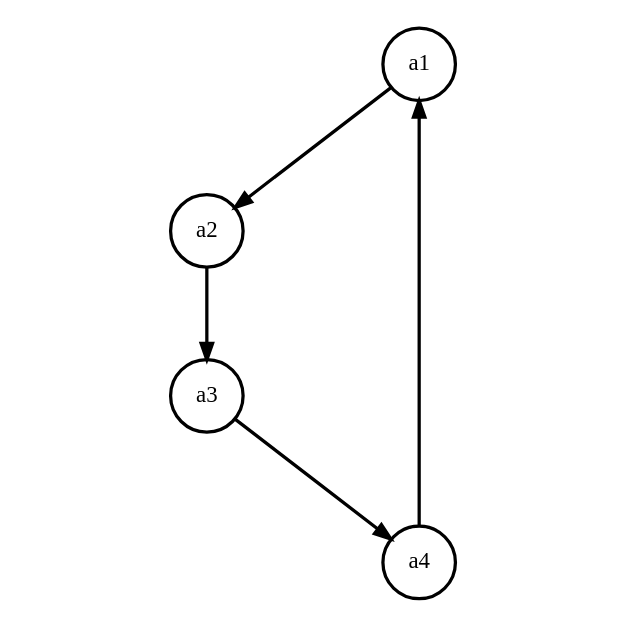
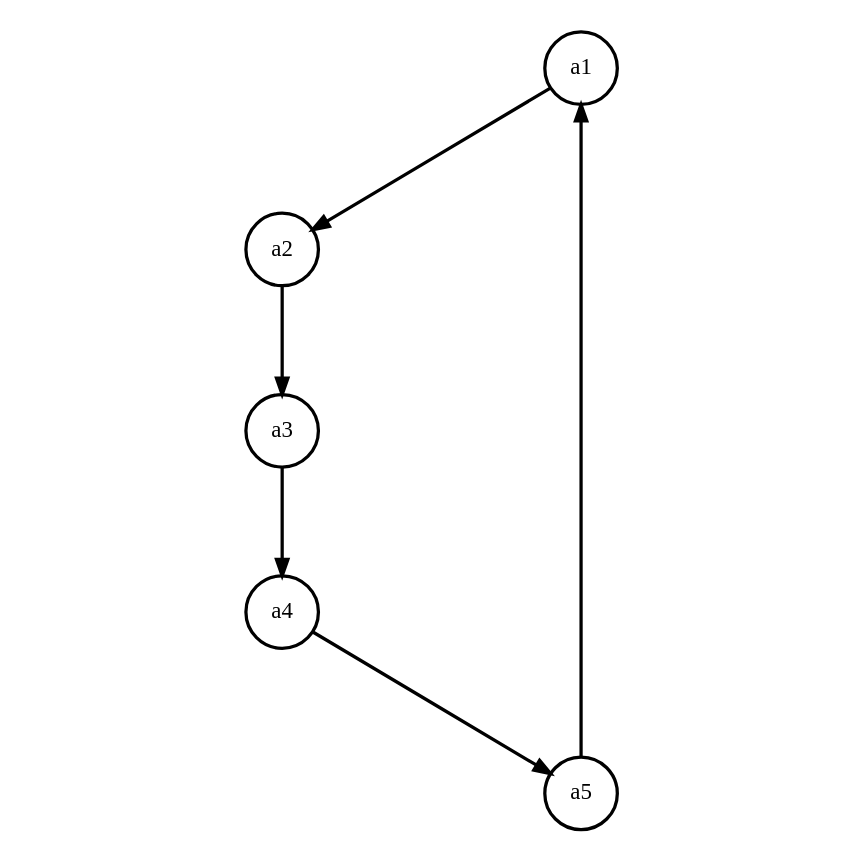
The diagram in examples/graphs/ring.gv (jonhoo/simio), drawn with Graphviz before and after one commit. The commit also changed 1 other file, not shown here.

```diff
--- a/examples/graphs/ring.gv
+++ b/examples/graphs/ring.gv
@@ -1,16 +1,18 @@
 digraph {
-  size="5,5!";
+  size="7,7!";
   ratio="fill";
   node [shape=circle penwidth=2];
   edge [fontsize=12 penwidth=2];
-  start="100";
+  start="32";
   a1;
   a2;
   a3;
   a4;
+  a5;
 
   a1 -> a2;
   a2 -> a3;
   a3 -> a4;
-  a4 -> a1;
+  a4 -> a5;
+  a5 -> a1;
 }
```
